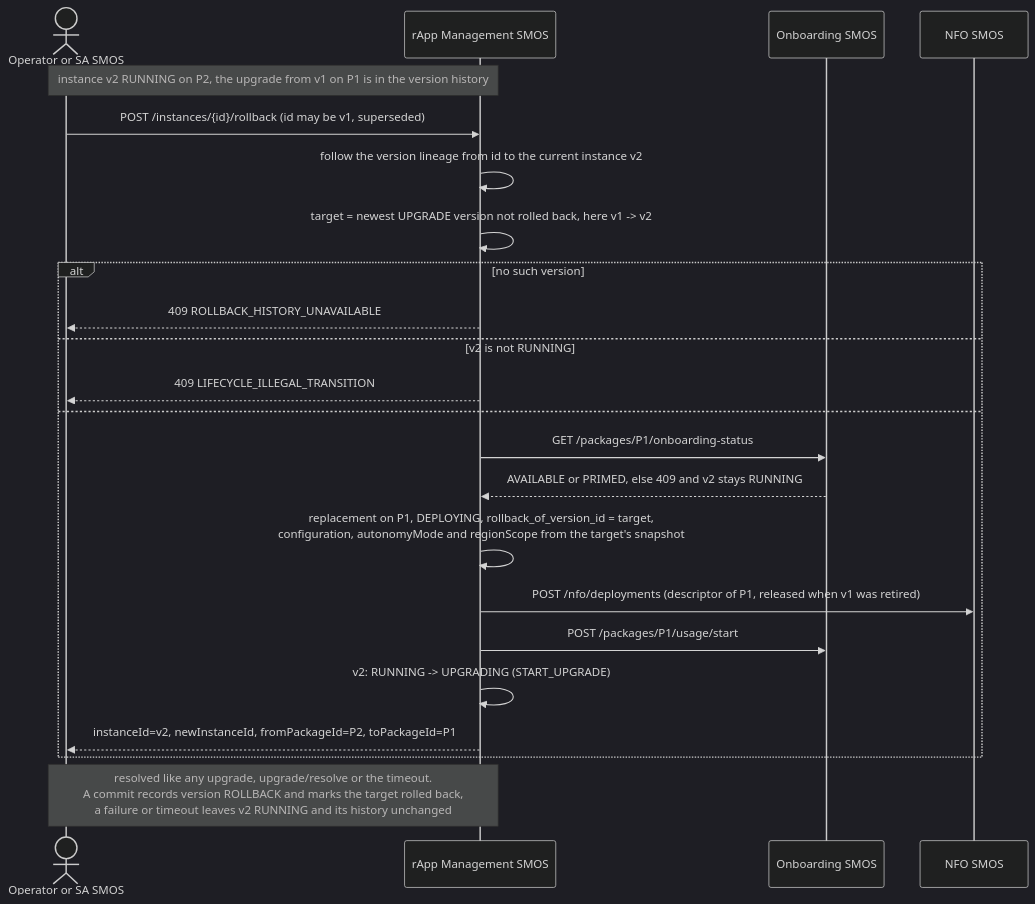
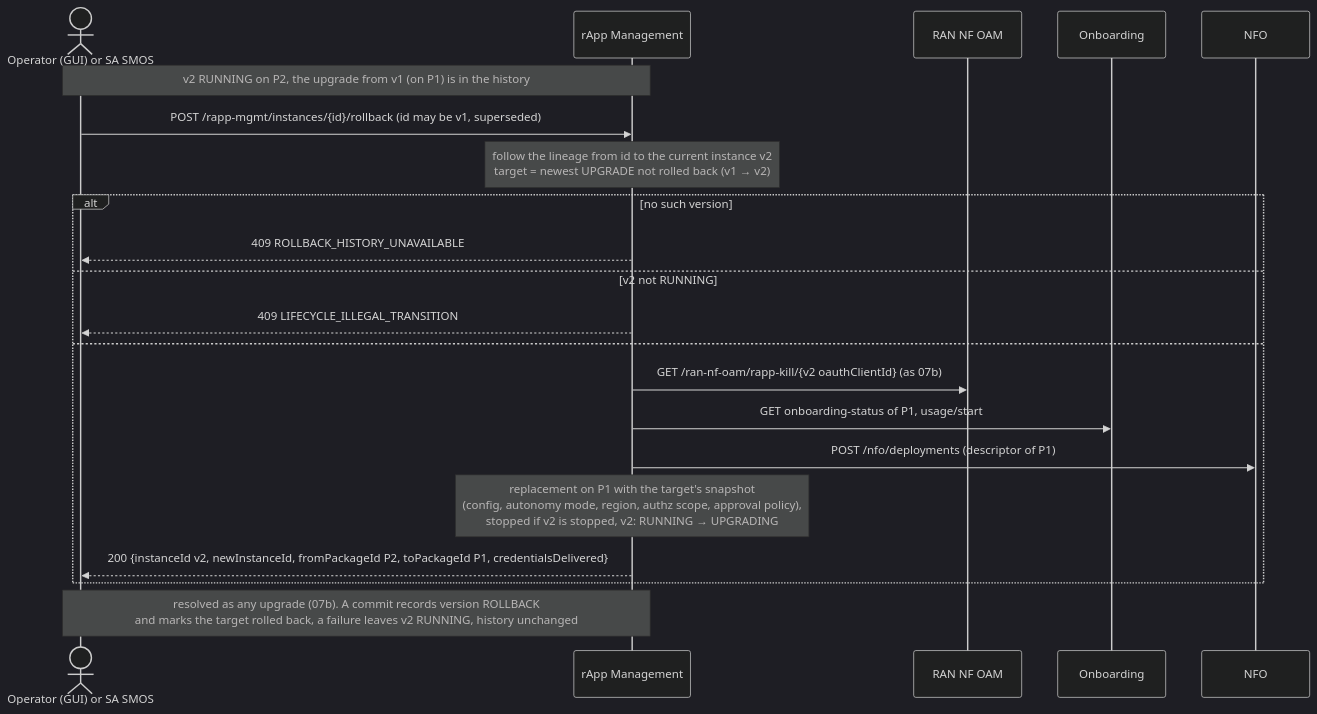
One commit to rsys-bshankar/ai-ran-smo changed the third of 5 diagrams in smo/docs/call-flows/07-rapp-instance-lifecycle.md. Above: the diagram before and after it, drawn with Mermaid (dark theme). The commit also changed other lines of this file and 24 other files, not shown here.

First line of the commit message:
Flow 07 review: a faulted or upgraded rApp stays held in check, the replacement brings itself up (DOC-CF-1.3)

````diff
--- a/smo/docs/call-flows/07-rapp-instance-lifecycle.md
+++ b/smo/docs/call-flows/07-rapp-instance-lifecycle.md
@@ -155,26 +167,24 @@
 ```mermaid
 sequenceDiagram
-    actor Caller as Operator or SA SMOS
-    participant Rapp as rApp Management SMOS
-    participant Onb as Onboarding SMOS
-    participant NFO as NFO SMOS
+    actor Caller as Operator (GUI) or SA SMOS
+    participant RM as rApp Management
+    participant OAM as RAN NF OAM
+    participant Onb as Onboarding
+    participant NFO as NFO
 
-    Note over Caller,Rapp: instance v2 RUNNING on P2, the upgrade from v1 on P1 is in the version history
-    Caller->>Rapp: POST /instances/{id}/rollback (id may be v1, superseded)
-    Rapp->>Rapp: follow the version lineage from id to the current instance v2
-    Rapp->>Rapp: target = newest UPGRADE version not rolled back, here v1 -> v2
+    Note over Caller,RM: v2 RUNNING on P2, the upgrade from v1 (on P1) is in the history
+    Caller->>RM: POST /rapp-mgmt/instances/{id}/rollback (id may be v1, superseded)
+    Note over RM: follow the lineage from id to the current instance v2<br/>target = newest UPGRADE not rolled back (v1 → v2)
     alt no such version
-        Rapp-->>Caller: 409 ROLLBACK_HISTORY_UNAVAILABLE
-    else v2 is not RUNNING
-        Rapp-->>Caller: 409 LIFECYCLE_ILLEGAL_TRANSITION
+        RM-->>Caller: 409 ROLLBACK_HISTORY_UNAVAILABLE
+    else v2 not RUNNING
+        RM-->>Caller: 409 LIFECYCLE_ILLEGAL_TRANSITION
     else
-        Rapp->>Onb: GET /packages/P1/onboarding-status
-        Onb-->>Rapp: AVAILABLE or PRIMED, else 409 and v2 stays RUNNING
-        Rapp->>Rapp: replacement on P1, DEPLOYING, rollback_of_version_id = target,<br/>configuration, autonomyMode and regionScope from the target's snapshot
-        Rapp->>NFO: POST /nfo/deployments (descriptor of P1, released when v1 was retired)
-        Rapp->>Onb: POST /packages/P1/usage/start
-        Rapp->>Rapp: v2: RUNNING -> UPGRADING (START_UPGRADE)
-        Rapp-->>Caller: instanceId=v2, newInstanceId, fromPackageId=P2, toPackageId=P1
+        RM->>OAM: GET /ran-nf-oam/rapp-kill/{v2 oauthClientId} (as 07b)
+        RM->>Onb: GET onboarding-status of P1, usage/start
+        RM->>NFO: POST /nfo/deployments (descriptor of P1)
+        Note over RM: replacement on P1 with the target's snapshot<br/>(config, autonomy mode, region, authz scope, approval policy),<br/>stopped if v2 is stopped, v2: RUNNING → UPGRADING
+        RM-->>Caller: 200 {instanceId v2, newInstanceId, fromPackageId P2, toPackageId P1, credentialsDelivered}
     end
-    Note over Caller,Rapp: resolved like any upgrade, upgrade/resolve or the timeout.<br/>A commit records version ROLLBACK and marks the target rolled back,<br/>a failure or timeout leaves v2 RUNNING and its history unchanged
+    Note over Caller,RM: resolved as any upgrade (07b). A commit records version ROLLBACK<br/>and marks the target rolled back, a failure leaves v2 RUNNING, history unchanged
 ```
````
